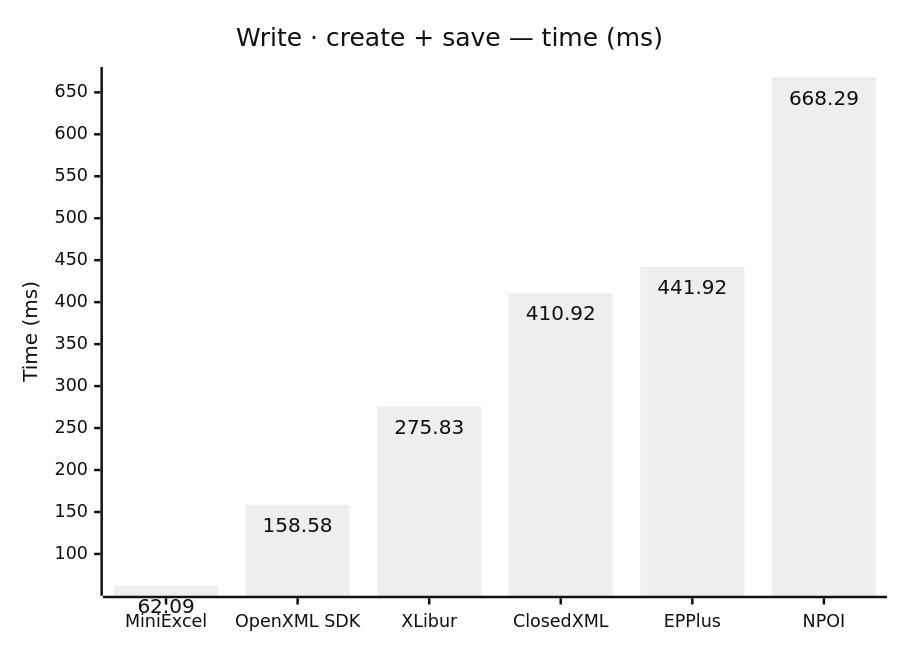
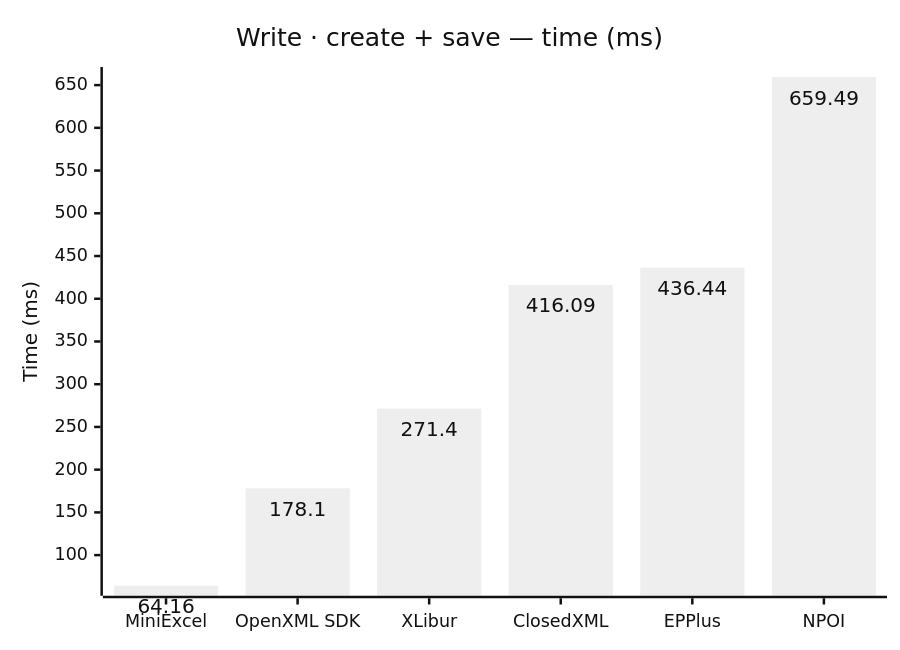
The fifth of 6 diagrams in docs/results.md (jafin/XLBench), drawn with Mermaid (neutral theme) before and after one commit. The commit also changed other lines of this file and 5 other files, not shown here.

````diff
--- a/docs/results.md
+++ b/docs/results.md
@@ -86,12 +86,12 @@
 ```mermaid
 ---
 config:
   xyChart:
     showDataLabel: true
 ---
 xychart-beta
     title "Write · create + save — time (ms)"
     x-axis ["MiniExcel", "OpenXML SDK", "XLibur", "ClosedXML", "EPPlus", "NPOI"]
     y-axis "Time (ms)"
-    bar [62.09, 158.58, 275.83, 410.92, 441.92, 668.29]
+    bar [64.16, 178.1, 271.4, 416.09, 436.44, 659.49]
 ```
````
